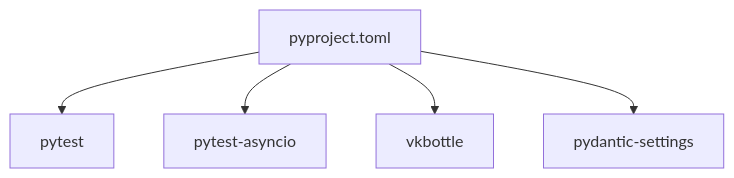
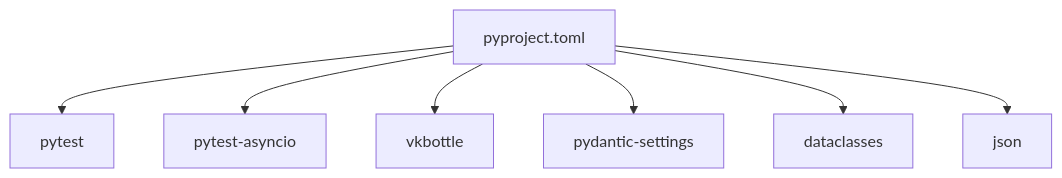
Before and after one commit to ognelis/cafetera_hr_bot: the third of 3 diagrams in .qoder/repowiki/en/content/Testing Strategy.md, drawn with Mermaid. The commit also changed other lines of this file and 15 other files, not shown here.

````diff
--- a/.qoder/repowiki/en/content/Testing Strategy.md
+++ b/.qoder/repowiki/en/content/Testing Strategy.md
@@ -266,12 +442,16 @@
 ```mermaid
 graph TB
 PY["pyproject.toml"]
 P["pytest"]
 PA["pytest-asyncio"]
 VK["vkbottle"]
 PS["pydantic-settings"]
+DC["dataclasses"]
+JSON["json"]
 PY --> P
 PY --> PA
 PY --> VK
 PY --> PS
+PY --> DC
+PY --> JSON
 ```
````
